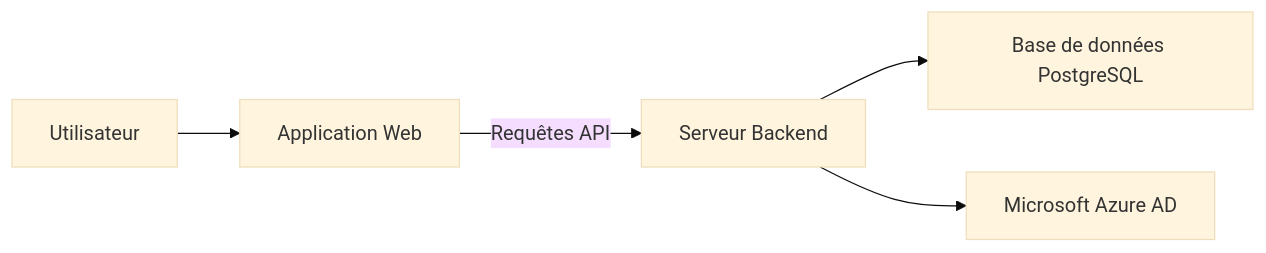
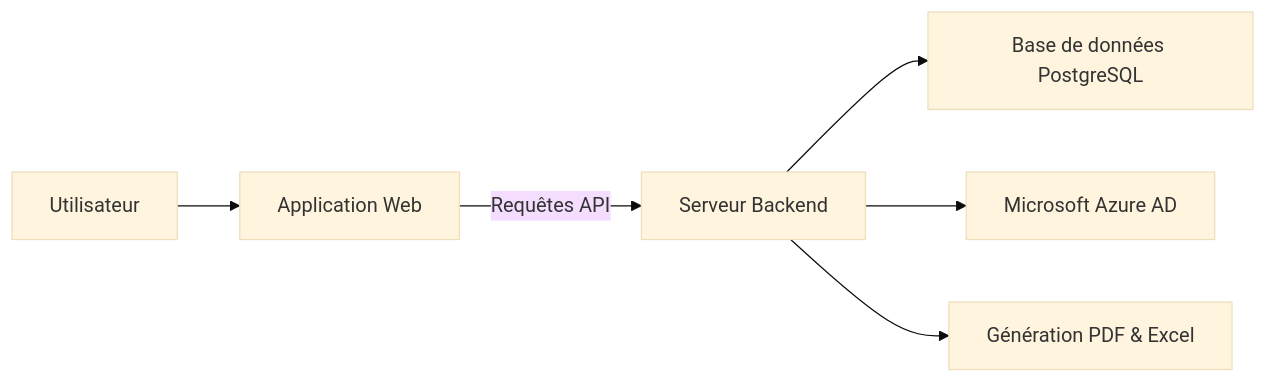
One commit to Wifsimster/copro-pilot changed the first of 2 diagrams in README.md. Above: the diagram before and after it, drawn with Mermaid (base theme). The commit also changed other lines of this file, not shown here.

````diff
--- a/README.md
+++ b/README.md
@@ -38,7 +66,8 @@
 ```mermaid
 graph LR
     A[Utilisateur] --> B[Application Web]
     B -->|Requêtes API| C[Serveur Backend]
     C --> D[Base de données PostgreSQL]
     C --> E[Microsoft Azure AD]
+    C --> F[Génération PDF & Excel]
 ```
````
